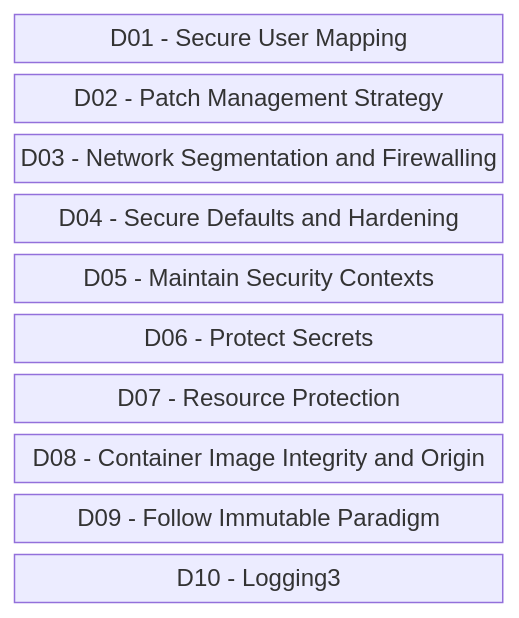
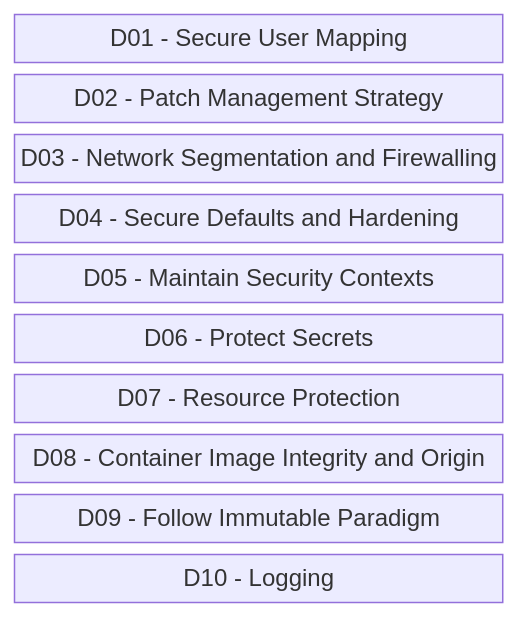
The second of 3 diagrams in README.md (renatogroffe/OWASP-ApiTop10-Vulnerabilites_2025-03), drawn with Mermaid before and after one commit. The commit also changed other lines of this file, not shown here.

````diff
--- a/README.md
+++ b/README.md
@@ -33,14 +33,14 @@
 ```mermaid
 block-beta
 columns 1
   A["D01 - Secure User Mapping"]
   B["D02 - Patch Management Strategy"]
   C["D03 - Network Segmentation and Firewalling"]
   D["D04 - Secure Defaults and Hardening"]
   E["D05 - Maintain Security Contexts"]
   F["D06 - Protect Secrets"]
   G["D07 - Resource Protection"]
   H["D08 - Container Image Integrity and Origin"]
   I["D09 - Follow Immutable Paradigm"]
-  J["D10 - Logging3"]
+  J["D10 - Logging"]
 ```
````
